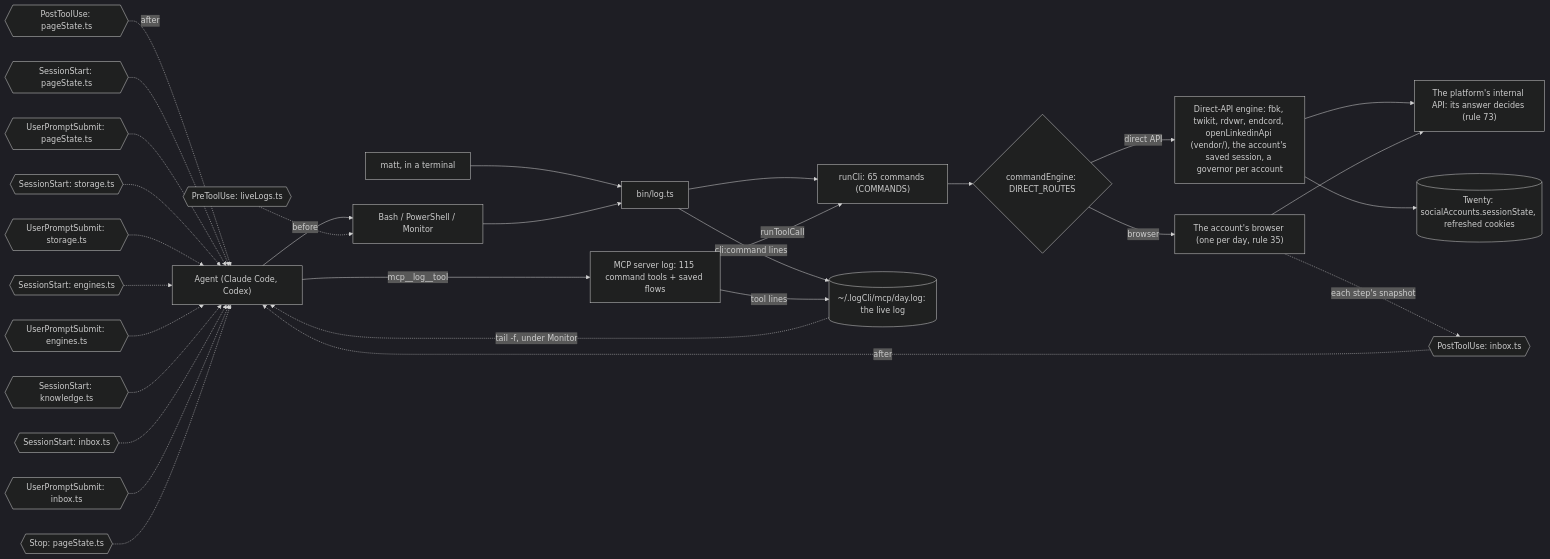
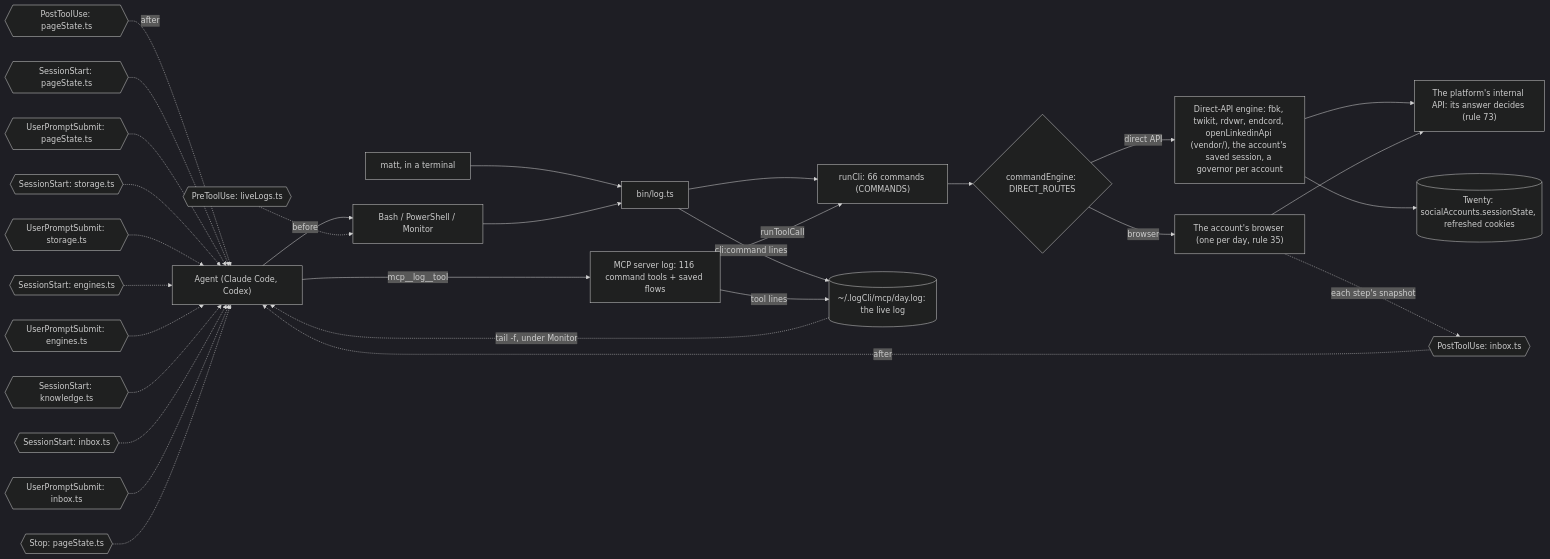
One commit to matthewdonsemail-lab/log changed the diagram in docs/diagrams/surface.mmd. Above: the diagram before and after it, drawn with Mermaid (dark theme). The commit also changed 33 other files, not shown here.

```diff
--- a/docs/diagrams/surface.mmd
+++ b/docs/diagrams/surface.mmd
@@ -1,44 +1,44 @@
 %% How a call reaches log-cli. From a shell or over MCP, both run the same commands through `runCli`, write the same live log, and pass through the same hooks. `commandEngine` sends each command to the platform's direct API or to the account's browser.
 %% Written by `bun run docs:build` from the code (rule 56). Not edited by hand.
 flowchart LR
   agent["Agent (Claude Code, Codex)"]
   matt["matt, in a terminal"]
   shell["Bash / PowerShell / Monitor"]
-  mcp["MCP server log: 115 command tools + saved flows"]
+  mcp["MCP server log: 116 command tools + saved flows"]
   bin["bin/log.ts"]
-  runCli["runCli: 65 commands (COMMANDS)"]
+  runCli["runCli: 66 commands (COMMANDS)"]
   live[("~/.logCli/mcp/day.log: the live log")]
   engine{"commandEngine: DIRECT_ROUTES"}
   direct["Direct-API engine: fbk, twikit, rdvwr, endcord, openLinkedinApi (vendor/), the account's saved session, a governor per account"]
   browser["The account's browser (one per day, rule 35)"]
   api["The platform's internal API: its answer decides (rule 73)"]
   twenty[("Twenty: socialAccounts.sessionState, refreshed cookies")]
   agent --> shell
   matt --> bin
   shell --> bin
   agent -->|mcp__log__tool| mcp
   bin --> runCli
   mcp -->|runToolCall| runCli
   runCli --> engine
   engine -->|direct API| direct
   engine -->|browser| browser
   direct --> api
   browser --> api
   direct --> twenty
   bin -->|cli:command lines| live
   mcp -->|tool lines| live
   live -.->|tail -f, under Monitor| agent
   pre0{{"PreToolUse: liveLogs.ts"}} -.->|before| shell
   post0{{"PostToolUse: inbox.ts"}} -.->|after| agent
   post1{{"PostToolUse: pageState.ts"}} -.->|after| agent
   turn0{{"SessionStart: pageState.ts"}} -.-> agent
   turn1{{"UserPromptSubmit: pageState.ts"}} -.-> agent
   turn2{{"SessionStart: storage.ts"}} -.-> agent
   turn3{{"UserPromptSubmit: storage.ts"}} -.-> agent
   turn4{{"SessionStart: engines.ts"}} -.-> agent
   turn5{{"UserPromptSubmit: engines.ts"}} -.-> agent
   turn6{{"SessionStart: knowledge.ts"}} -.-> agent
   turn7{{"SessionStart: inbox.ts"}} -.-> agent
   turn8{{"UserPromptSubmit: inbox.ts"}} -.-> agent
   turn9{{"Stop: pageState.ts"}} -.-> agent
   browser -.->|each step's snapshot| post0
```
